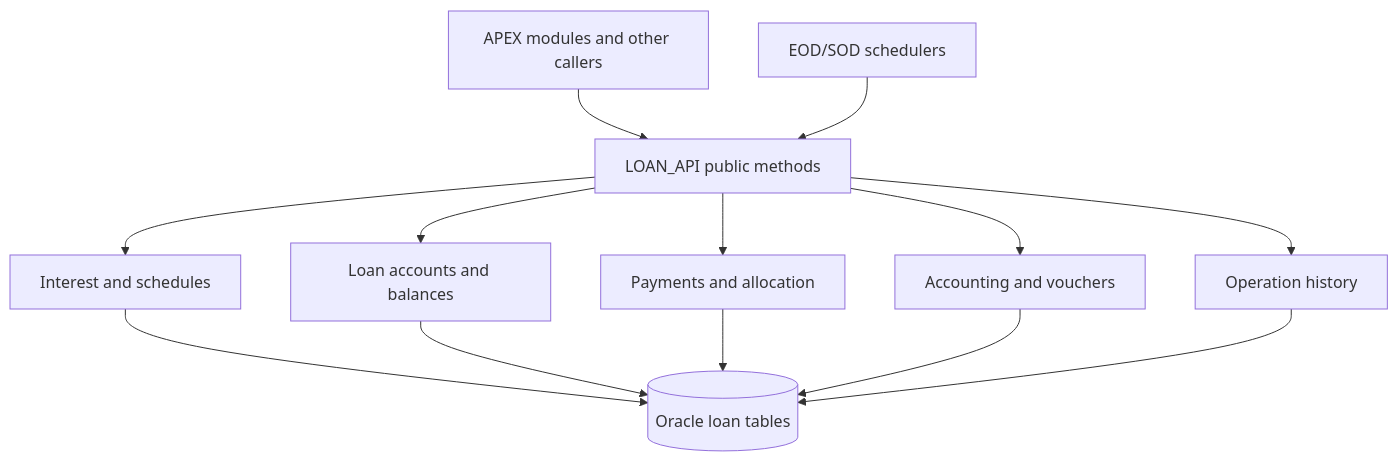
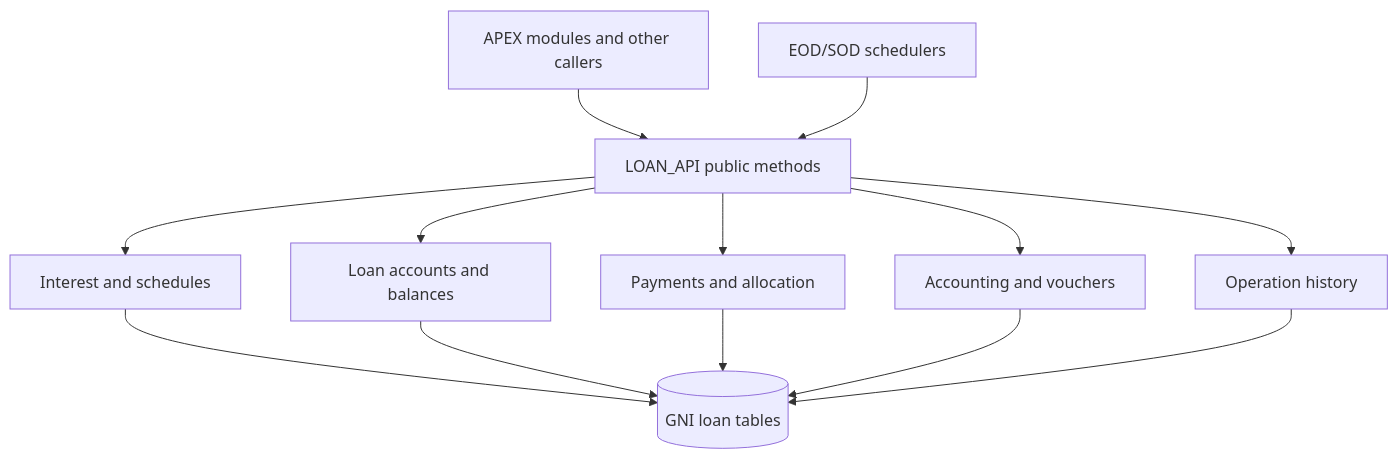
The diagram in docs/overview.md (SadayCb/gni-documentation-poc), drawn with Mermaid before and after one commit.

````diff
--- a/docs/overview.md
+++ b/docs/overview.md
@@ -30,15 +30,15 @@
 ```mermaid
 flowchart TD
     UI[APEX modules and other callers] --> API[LOAN_API public methods]
     JOB[EOD/SOD schedulers] --> API
     API --> SCHED[Interest and schedules]
     API --> ACC[Loan accounts and balances]
     API --> PAY[Payments and allocation]
     API --> GL[Accounting and vouchers]
     API --> HIST[Operation history]
-    SCHED --> DB[(Oracle loan tables)]
+    SCHED --> DB[(GNI loan tables)]
     ACC --> DB
     PAY --> DB
     GL --> DB
     HIST --> DB
 ```
````
